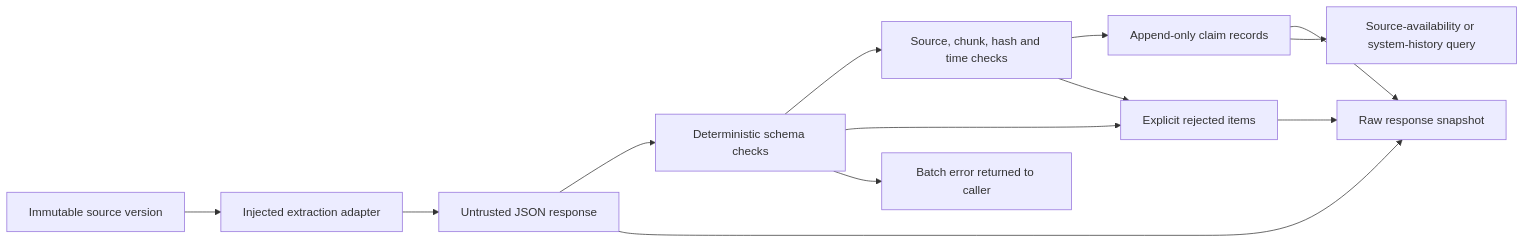
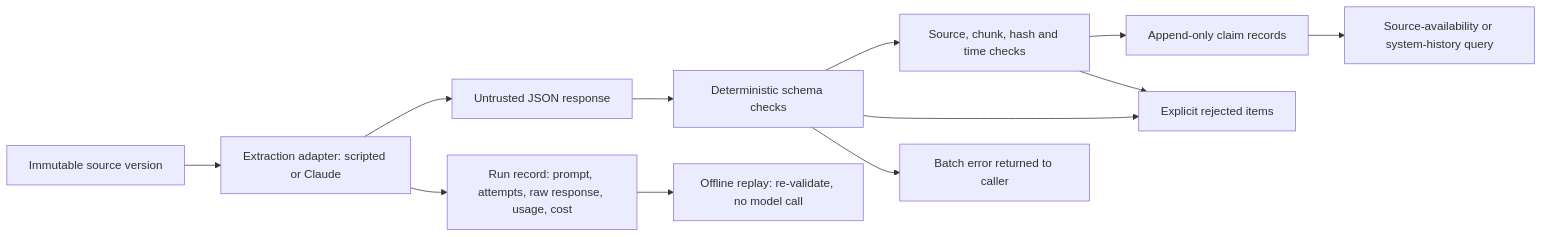
Before and after one commit to hemu9/auditable-ai-pipeline: the diagram in README.md, drawn with Mermaid. The commit also changed other lines of this file and 10 other files, not shown here.

````diff
--- a/README.md
+++ b/README.md
@@ -55,15 +204,14 @@
 ```mermaid
 flowchart LR
-    D[Immutable source version] --> A[Injected extraction adapter]
+    D[Immutable source version] --> A[Extraction adapter: scripted or Claude]
     A --> R[Untrusted JSON response]
+    A --> L[Run record: prompt, attempts, raw response, usage, cost]
     R --> V[Deterministic schema checks]
     V --> P[Source, chunk, hash and time checks]
     P --> C[Append-only claim records]
     V --> X[Explicit rejected items]
     V --> E[Batch error returned to caller]
     P --> X
-    R --> T[Raw response snapshot]
-    C --> T
-    X --> T
+    L --> Y[Offline replay: re-validate, no model call]
     C --> Q[Source-availability or system-history query]
 ```
````
